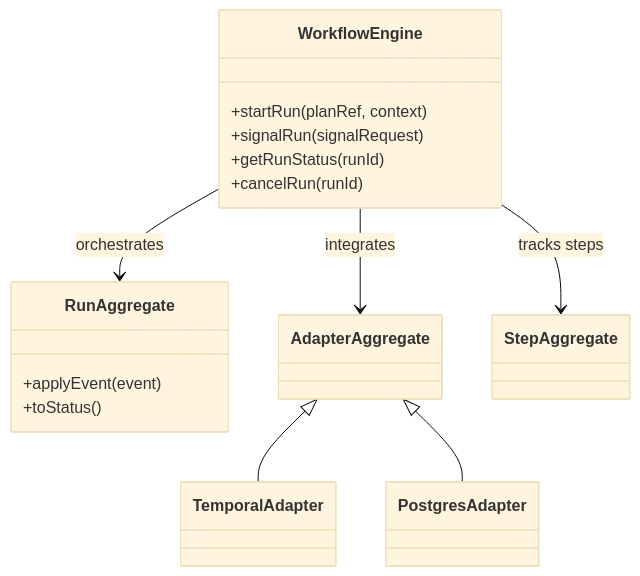
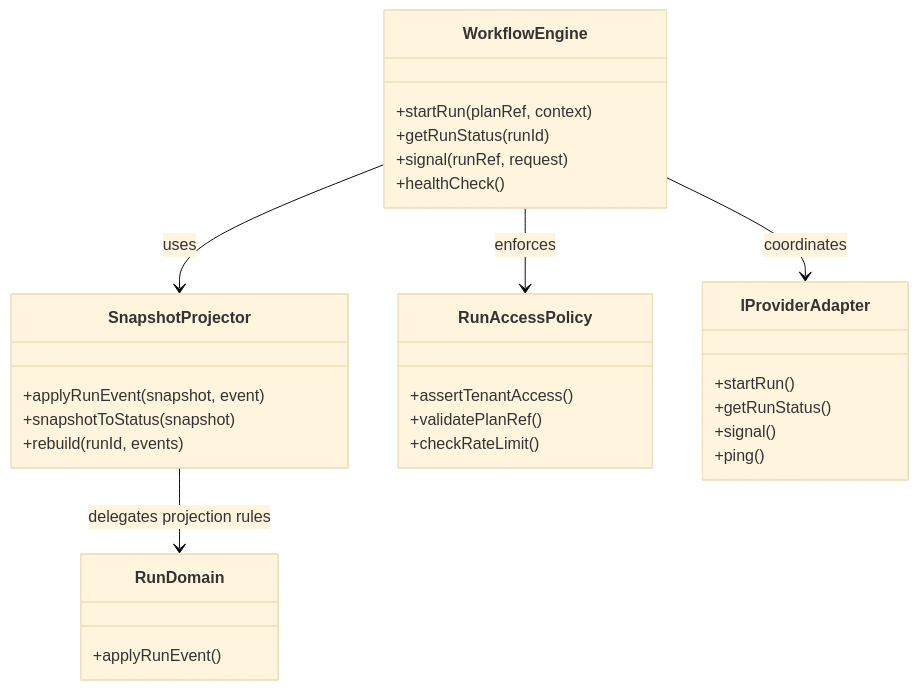
One commit to dunay2/dvt changed the second of 3 diagrams in docs/architecture/components/engine.md. Above: the diagram before and after it, drawn with Mermaid (base theme). The commit also changed other lines of this file and 2 other files, not shown here.

Commit message:
docs(engine): Align architecture docs with current code

````diff
--- a/docs/architecture/components/engine.md
+++ b/docs/architecture/components/engine.md
@@ -97,18 +106,33 @@
 ```mermaid
 classDiagram
   class WorkflowEngine {
     +startRun(planRef, context)
-    +signalRun(signalRequest)
     +getRunStatus(runId)
-    +cancelRun(runId)
+    +signal(runRef, request)
+    +healthCheck()
   }
-  class RunAggregate {
-    +applyEvent(event)
-    +toStatus()
+  class SnapshotProjector {
+    +applyRunEvent(snapshot, event)
+    +snapshotToStatus(snapshot)
+    +rebuild(runId, events)
   }
-  WorkflowEngine --> RunAggregate : orchestrates
-  WorkflowEngine --> AdapterAggregate : integrates
-  WorkflowEngine --> StepAggregate : tracks steps
-  AdapterAggregate <|-- TemporalAdapter
-  AdapterAggregate <|-- PostgresAdapter
+  class RunAccessPolicy {
+    +assertTenantAccess()
+    +validatePlanRef()
+    +checkRateLimit()
+  }
+  class IProviderAdapter {
+    +startRun()
+    +getRunStatus()
+    +signal()
+    +ping()
+  }
+  class RunDomain {
+    +applyRunEvent()
+  }
+
+  WorkflowEngine --> SnapshotProjector : uses
+  WorkflowEngine --> RunAccessPolicy : enforces
+  WorkflowEngine --> IProviderAdapter : coordinates
+  SnapshotProjector --> RunDomain : delegates projection rules
 ```
````
